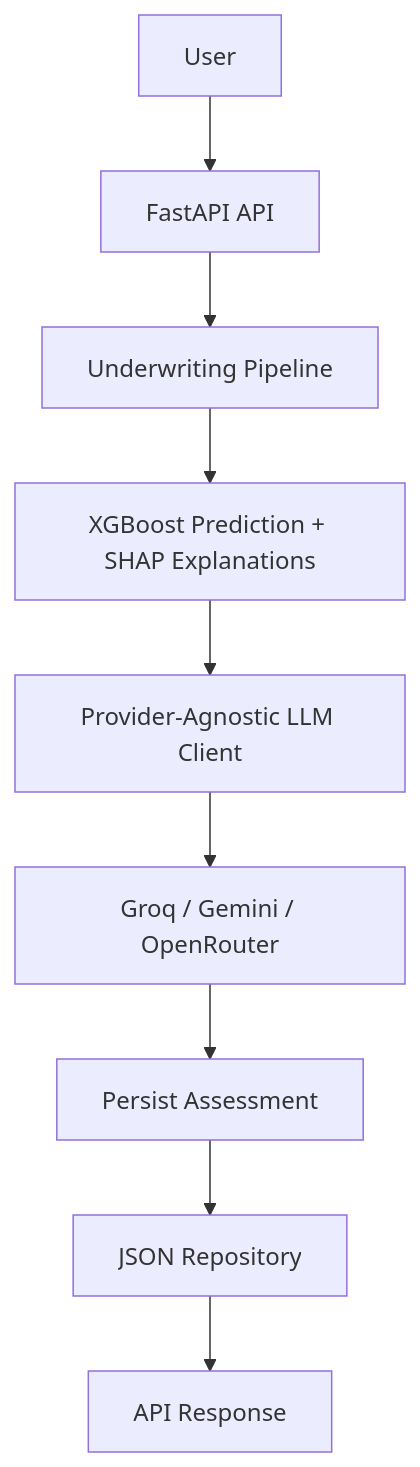
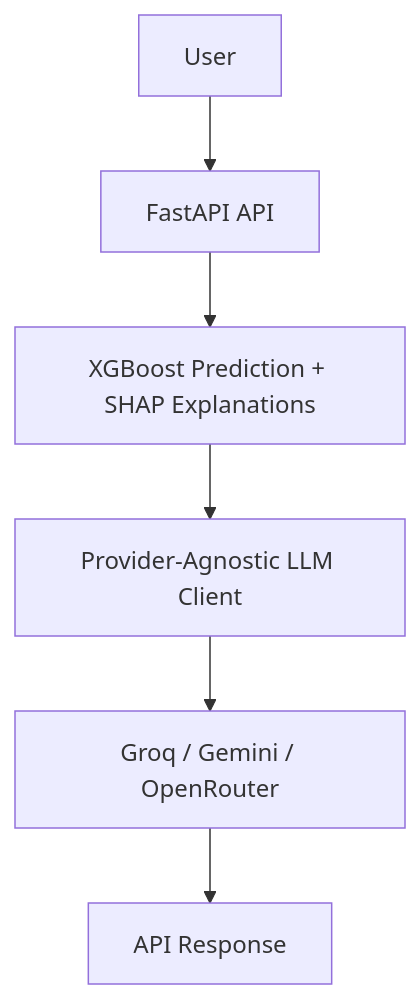
The diagram in README.md (NameRectified/ai-loan-underwriting-assistant), drawn with Mermaid before and after one commit. The commit also changed other lines of this file and 21 other files, not shown here.

Commit message:
Simplify: drop pipeline/persistence dead code, rename labels, slim schemas/deps, free-only LLM defaults

````diff
--- a/README.md
+++ b/README.md
@@ -33,19 +33,13 @@
 ```mermaid
 flowchart TD
 
     A[User] --> B[FastAPI API]
 
-    B --> C[Underwriting Pipeline]
+    B --> C[XGBoost Prediction + SHAP Explanations]
 
-    C --> D[XGBoost Prediction + SHAP Explanations]
+    C --> D[Provider-Agnostic LLM Client]
 
-    D --> E[Provider-Agnostic LLM Client]
+    D --> E[Groq / Gemini / OpenRouter]
 
-    E --> F[Groq / Gemini / OpenRouter]
-
-    F --> G[Persist Assessment]
-
-    G --> H[JSON Repository]
-
-    H --> I[API Response]
+    E --> F[API Response]
 ```
````
